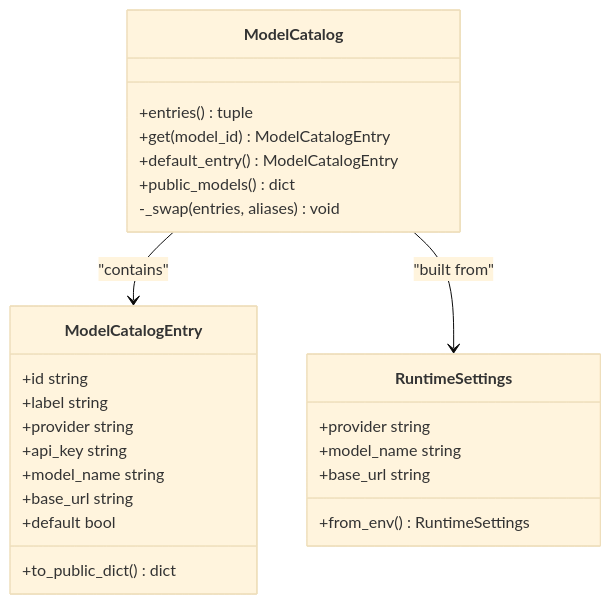
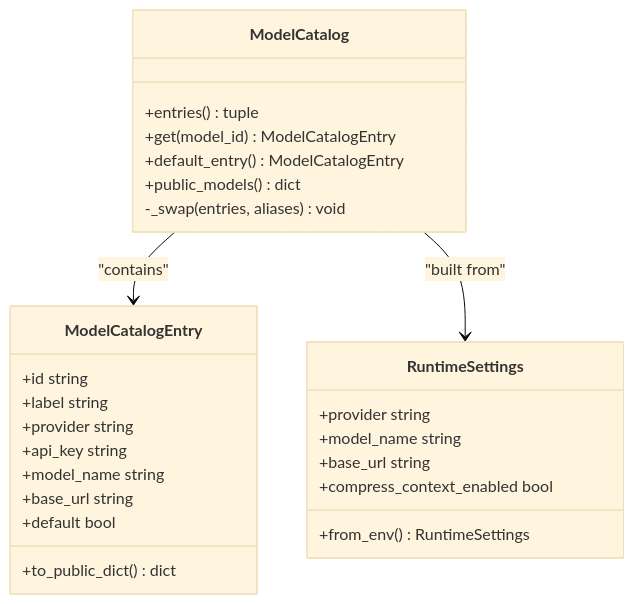
The fifth of 10 diagrams in .qoder/repowiki/en/content/Core Services/Agent Platform/Agent Platform.md (alainlei/luban-aiops), drawn with Mermaid (base theme) before and after one commit. The commit also changed other lines of this file and 20 other files, not shown here.

````diff
--- a/.qoder/repowiki/en/content/Core Services/Agent Platform/Agent Platform.md
+++ b/.qoder/repowiki/en/content/Core Services/Agent Platform/Agent Platform.md
@@ -183,28 +236,29 @@
 ```mermaid
 classDiagram
 class ModelCatalog {
 +entries() tuple
 +get(model_id) ModelCatalogEntry
 +default_entry() ModelCatalogEntry
 +public_models() dict
 -_swap(entries, aliases) void
 }
 class ModelCatalogEntry {
 +id string
 +label string
 +provider string
 +api_key string
 +model_name string
 +base_url string
 +default bool
 +to_public_dict() dict
 }
 class RuntimeSettings {
 +provider string
 +model_name string
 +base_url string
++compress_context_enabled bool
 +from_env() RuntimeSettings
 }
 ModelCatalog --> ModelCatalogEntry : "contains"
 ModelCatalog --> RuntimeSettings : "built from"
 ```
````
